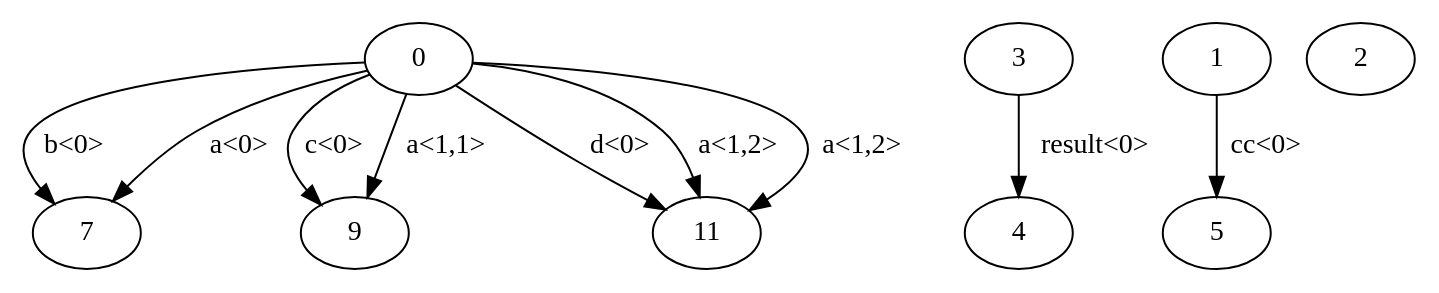
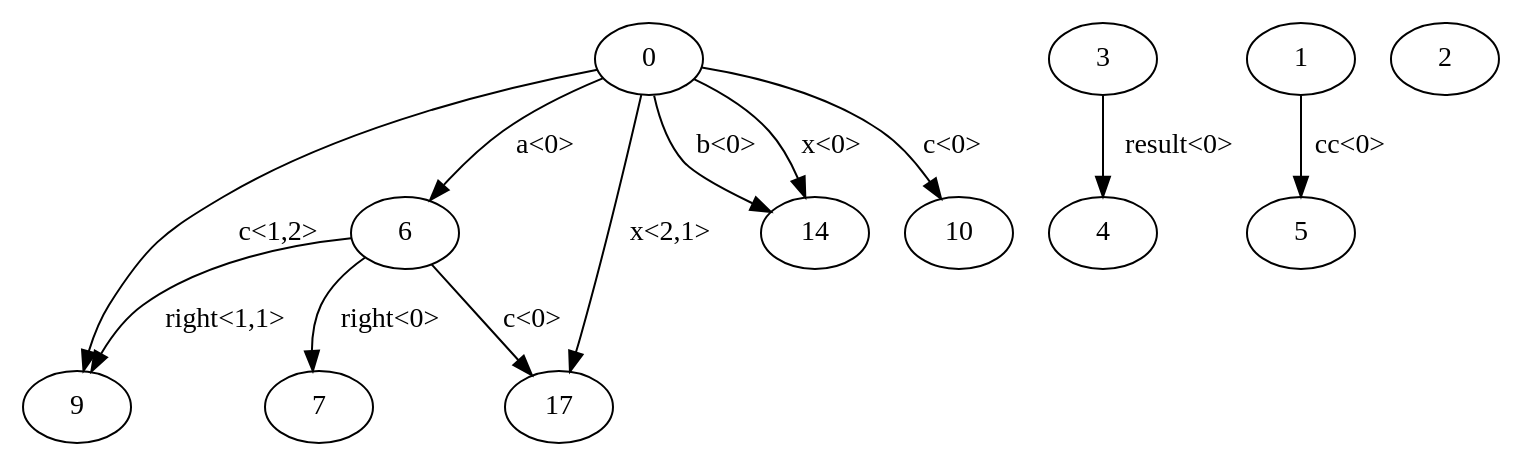
Before and after one commit to varivera/aliasing-java: the diagram in AliasingImpl/source/test.dot, drawn with Graphviz. The commit also changed 7 other files, not shown here.

```diff
--- a/AliasingImpl/source/test.dot
+++ b/AliasingImpl/source/test.dot
@@ -1,20 +1,25 @@
 digraph G {
-n0->n7 [label="b<0>"]
-n0->n9 [label="c<0>"]
-n0->n11 [label="d<0>"]
-n0->n9 [label="a<1,1>"]
-n0->n11 [label="a<1,2>"]
-n0->n11 [label="a<1,2>"]
-n0->n7 [label="a<0>"]
+n6->n17 [label="c<0>"]
+n6->n9 [label="right<1,1>"]
+n6->n7 [label="right<0>"]
+n0->n14 [label="b<0>"]
+n0->n10 [label="c<0>"]
+n0->n14 [label="x<0>"]
+n0->n17 [label="x<2,1>"]
+n0->n9 [label="c<1,2>"]
+n0->n6 [label="a<0>"]
+n14[label="14"]
 n0[label="0"]
+n17[label="17"]
+n6[label="6"]
 n7[label="7"]
 n9[label="9"]
-n11[label="11"]
+n10[label="10"]
 n3->n4 [label="result<0>"]
 n3[label="3"]
 n4[label="4"]
 n1->n5 [label="cc<0>"]
 n1[label="1"]
 n5[label="5"]
 n2[label="2"]
 }
```
